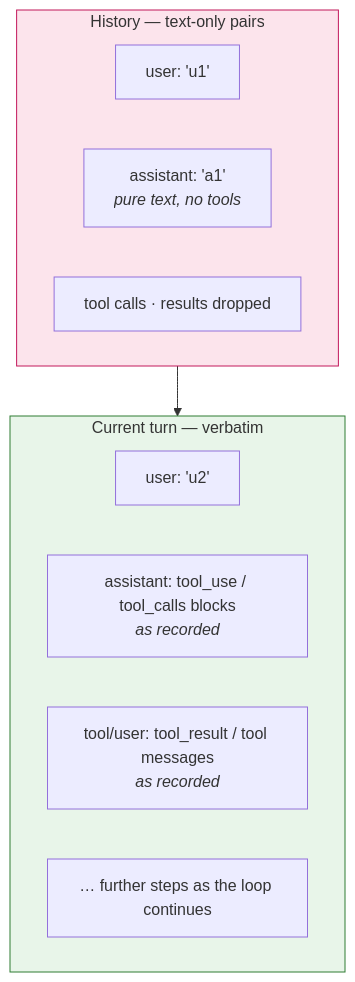
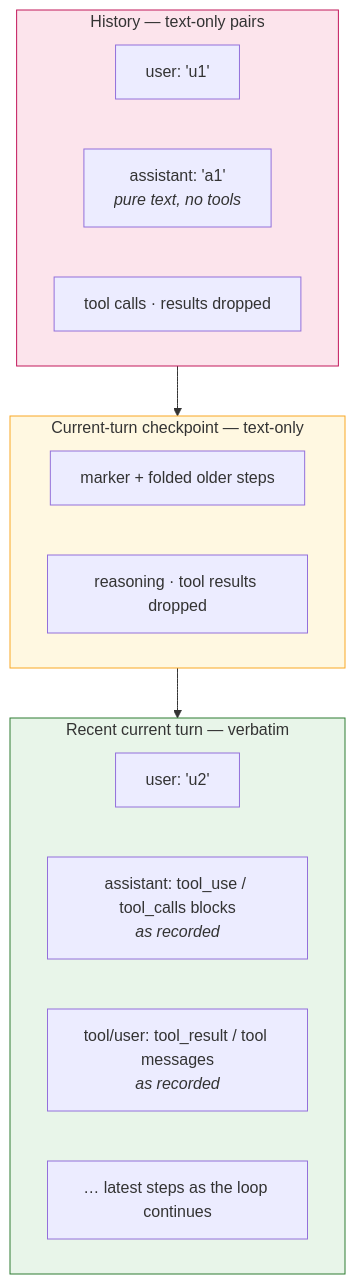
One commit to kingye/jyc changed the second of 3 diagrams in docs/architecture/context.md. Above: the diagram before and after it, drawn with Mermaid. The commit also changed other lines of this file and 5 other files, not shown here.

First line of the commit message:
feat: bound long agent turns with text-only checkpoints

````diff
--- a/docs/architecture/context.md
+++ b/docs/architecture/context.md
@@ -228,17 +242,22 @@
 ```mermaid
 flowchart TB
     subgraph R1["History — text-only pairs"]
         R1U["user: 'u1'"]
         R1A["assistant: 'a1'<br/><i>pure text, no tools</i>"]
         R1N["tool calls · results dropped"]
     end
-    subgraph R2["Current turn — verbatim"]
+    subgraph R3["Current-turn checkpoint — text-only"]
+        R3M["marker + folded older steps"]
+        R3N["reasoning · tool results dropped"]
+    end
+    subgraph R2["Recent current turn — verbatim"]
         R2U["user: 'u2'"]
         R2ATU["assistant: tool_use / tool_calls blocks<br/><i>as recorded</i>"]
         R2TR["tool/user: tool_result / tool messages<br/><i>as recorded</i>"]
-        R2MORE["… further steps as the loop continues"]
+        R2MORE["… latest steps as the loop continues"]
     end
-    R1 --> R2
+    R1 --> R3 --> R2
     style R1 fill:#fce4ec,stroke:#c2185b
+    style R3 fill:#fff8e1,stroke:#f9a825
     style R2 fill:#e8f5e9,stroke:#2e7d32
 ```
````
